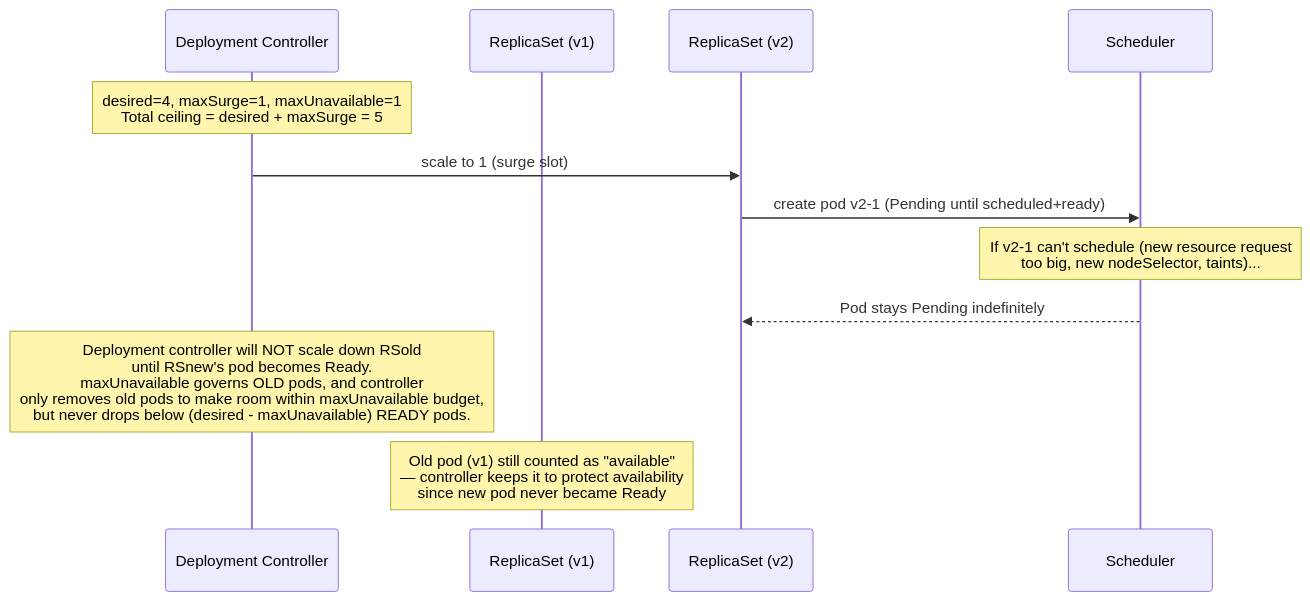
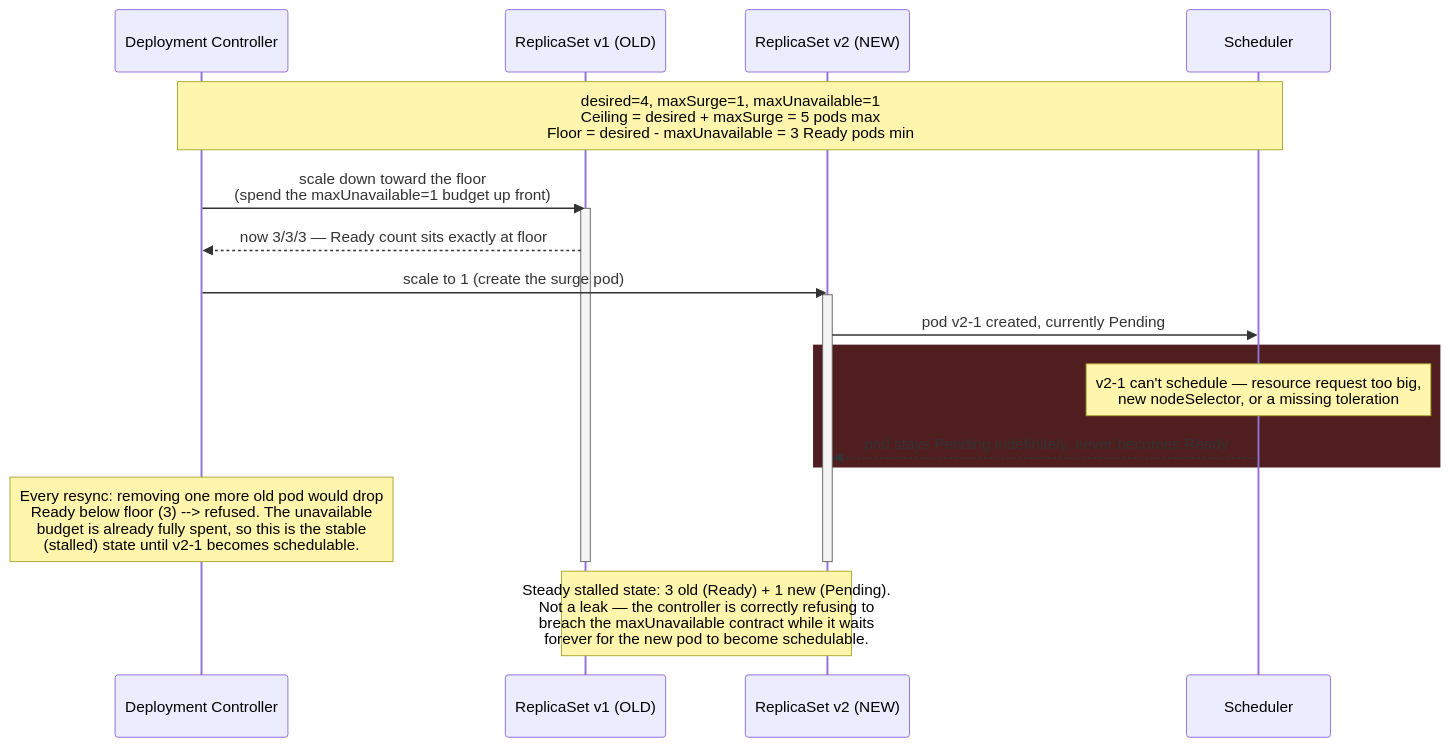
Before and after one commit to deepanshu-rawat6/DevOpsIndex: the second of 8 diagrams in sre/scenarios-scheduling-scaling.md, drawn with Mermaid. The commit also changed other lines of this file and 10 other files, not shown here.

````diff
--- a/sre/scenarios-scheduling-scaling.md
+++ b/sre/scenarios-scheduling-scaling.md
@@ -90,18 +138,27 @@
 ```mermaid
 sequenceDiagram
     participant D as Deployment Controller
-    participant RSold as ReplicaSet (v1)
-    participant RSnew as ReplicaSet (v2)
+    participant RSold as ReplicaSet v1 (OLD)
+    participant RSnew as ReplicaSet v2 (NEW)
     participant SCHED as Scheduler
 
-    Note over D: desired=4, maxSurge=1, maxUnavailable=1<br/>Total ceiling = desired + maxSurge = 5
+    Note over D,SCHED: desired=4, maxSurge=1, maxUnavailable=1<br/>Ceiling = desired + maxSurge = 5 pods max<br/>Floor = desired - maxUnavailable = 3 Ready pods min
 
-    D->>RSnew: scale to 1 (surge slot)
-    RSnew->>SCHED: create pod v2-1 (Pending until scheduled+ready)
-    Note over SCHED: If v2-1 can't schedule (new resource request<br/>too big, new nodeSelector, taints)...
-    SCHED-->>RSnew: Pod stays Pending indefinitely
+    D->>RSold: scale down toward the floor<br/>(spend the maxUnavailable=1 budget up front)
+    activate RSold
+    RSold-->>D: now 3/3/3 — Ready count sits exactly at floor
+    D->>RSnew: scale to 1 (create the surge pod)
+    activate RSnew
+    RSnew->>SCHED: pod v2-1 created, currently Pending
 
-    Note over D: Deployment controller will NOT scale down RSold<br/>until RSnew's pod becomes Ready.<br/>maxUnavailable governs OLD pods, and controller<br/>only removes old pods to make room within maxUnavailable budget,<br/>but never drops below (desired - maxUnavailable) READY pods.
+    rect rgb(80, 30, 30)
+    Note over SCHED: v2-1 can't schedule — resource request too big,<br/>new nodeSelector, or a missing toleration
+    SCHED-->>RSnew: pod stays Pending indefinitely, never becomes Ready
+    end
 
-    Note over RSold: Old pod (v1) still counted as "available"<br/>— controller keeps it to protect availability<br/>since new pod never became Ready
+    Note over D: Every resync: removing one more old pod would drop<br/>Ready below floor (3) --> refused. The unavailable<br/>budget is already fully spent, so this is the stable<br/>(stalled) state until v2-1 becomes schedulable.
+    deactivate RSold
+    deactivate RSnew
+
+    Note over RSold,RSnew: Steady stalled state: 3 old (Ready) + 1 new (Pending).<br/>Not a leak — the controller is correctly refusing to<br/>breach the maxUnavailable contract while it waits<br/>forever for the new pod to become schedulable.
 ```
````
